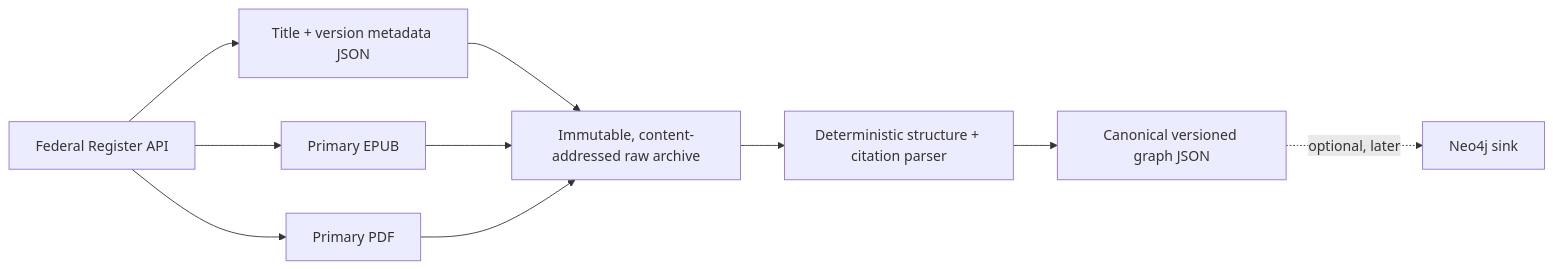
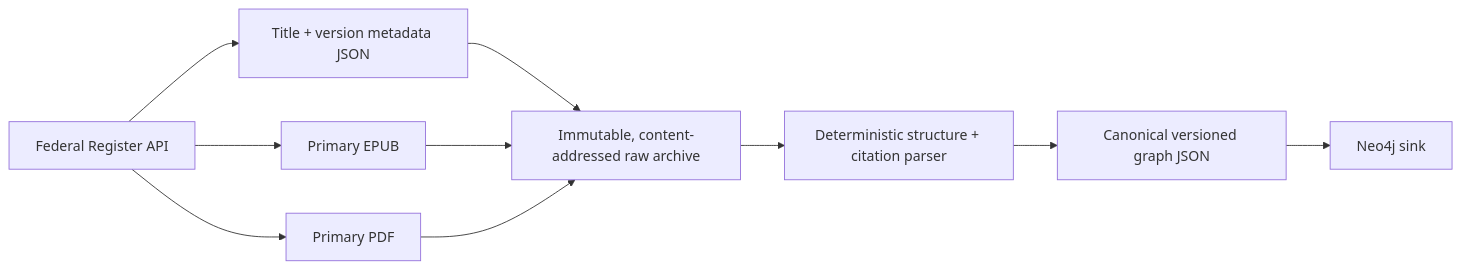
The diagram in docs/foundation.md (rafaelfaria/migration-law-ingestion), drawn with Mermaid before and after one commit. The commit also changed other lines of this file and 6 other files, not shown here.

````diff
--- a/docs/foundation.md
+++ b/docs/foundation.md
@@ -99,12 +99,12 @@
 ```mermaid
 flowchart LR
   API["Federal Register API"] --> META["Title + version metadata JSON"]
   API --> EPUB["Primary EPUB"]
   API --> PDF["Primary PDF"]
   META --> ARCHIVE["Immutable, content-addressed raw archive"]
   EPUB --> ARCHIVE
   PDF --> ARCHIVE
   ARCHIVE --> PARSER["Deterministic structure + citation parser"]
   PARSER --> GRAPH["Canonical versioned graph JSON"]
-  GRAPH -. optional, later .-> NEO["Neo4j sink"]
+  GRAPH --> NEO["Neo4j sink"]
 ```
````
